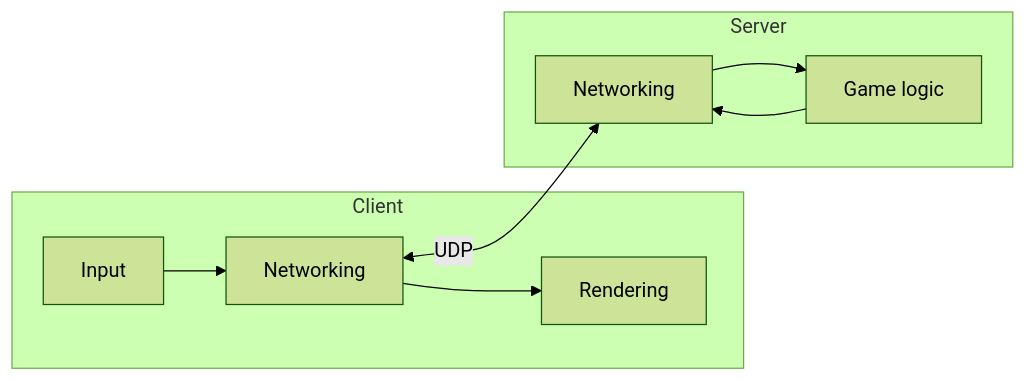
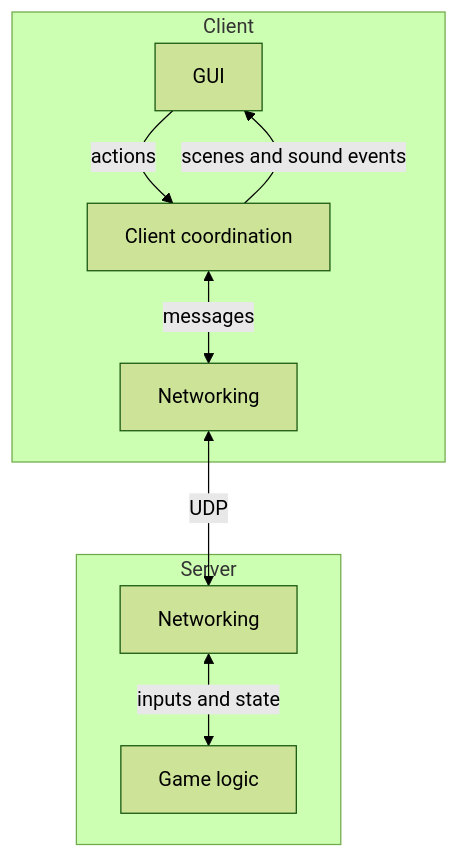
One commit to ChifuyuOnWish/R-Type changed the first of 3 diagrams in docs/architecture.md. Above: the diagram before and after it, drawn with Mermaid (forest theme). The commit also changed other lines of this file and 8 other files, not shown here.

````diff
--- a/docs/architecture.md
+++ b/docs/architecture.md
@@ -5,12 +9,12 @@
 ```mermaid
-flowchart LR
+flowchart TB
     subgraph Client
-        Input --> ClientNet[Networking]
-        ClientNet --> Render[Rendering]
+        GUI["GUI"] -->|actions|Coord["Client coordination"]
+        Coord -->|scenes and sound events|GUI
+        Coord <-->|messages|ClientNet["Networking"]
     end
     subgraph Server
-        ServerNet[Networking] --> Logic[Game logic]
-        Logic --> ServerNet
+        ServerNet["Networking"] <-->|inputs and state|Logic["Game logic"]
     end
-    ClientNet <-- UDP --> ServerNet
+    ClientNet <-->|UDP|ServerNet
 ```
````
